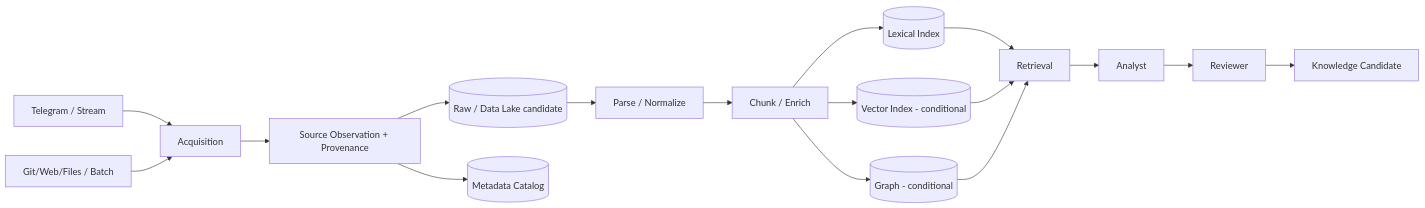
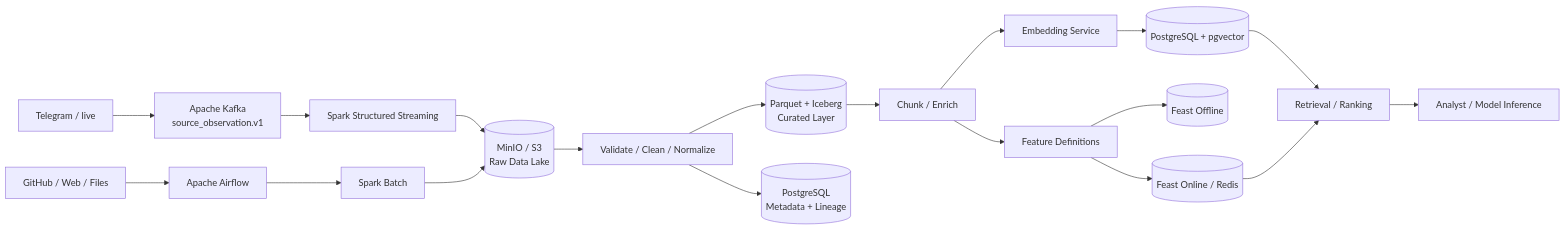
The diagram in 12.  Архитектура данных для AI-систем  ДЗ/FATHER_OSINT_ANSWER.md (VictorKVS/OTUS-), drawn with Mermaid before and after one commit. The commit also changed other lines of this file, not shown here.

````diff
--- a/12.  Архитектура данных для AI-систем  ДЗ/FATHER_OSINT_ANSWER.md
+++ b/12.  Архитектура данных для AI-систем  ДЗ/FATHER_OSINT_ANSWER.md
@@ -12,19 +22,27 @@
 ```mermaid
 flowchart LR
-    S1[Telegram / Stream] --> A[Acquisition]
-    S2[Git/Web/Files / Batch] --> A
-    A --> O[Source Observation + Provenance]
-    O --> RAW[(Raw / Data Lake candidate)]
-    O --> META[(Metadata Catalog)]
-    RAW --> P[Parse / Normalize]
-    P --> C[Chunk / Enrich]
-    C --> L[(Lexical Index)]
-    C --> V[(Vector Index - conditional)]
-    C --> G[(Graph - conditional)]
-    L --> R[Retrieval]
-    V --> R
-    G --> R
-    R --> AN[Analyst]
-    AN --> RV[Reviewer]
-    RV --> K[Knowledge Candidate]
+    TG[Telegram / live] --> K[Apache Kafka\nsource_observation.v1]
+    B[GitHub / Web / Files] --> AF[Apache Airflow]
+
+    K --> SS[Spark Structured Streaming]
+    AF --> SB[Spark Batch]
+
+    SS --> RAW[(MinIO / S3\nRaw Data Lake)]
+    SB --> RAW
+
+    RAW --> CL[Validate / Clean / Normalize]
+    CL --> CUR[(Parquet + Iceberg\nCurated Layer)]
+    CL --> META[(PostgreSQL\nMetadata + Lineage)]
+
+    CUR --> CH[Chunk / Enrich]
+    CH --> EMB[Embedding Service]
+    EMB --> V[(PostgreSQL + pgvector)]
+
+    CH --> FD[Feature Definitions]
+    FD --> FO[(Feast Offline)]
+    FD --> FI[(Feast Online / Redis)]
+
+    V --> RET[Retrieval / Ranking]
+    FI --> RET
+    RET --> INF[Analyst / Model Inference]
 ```
````
